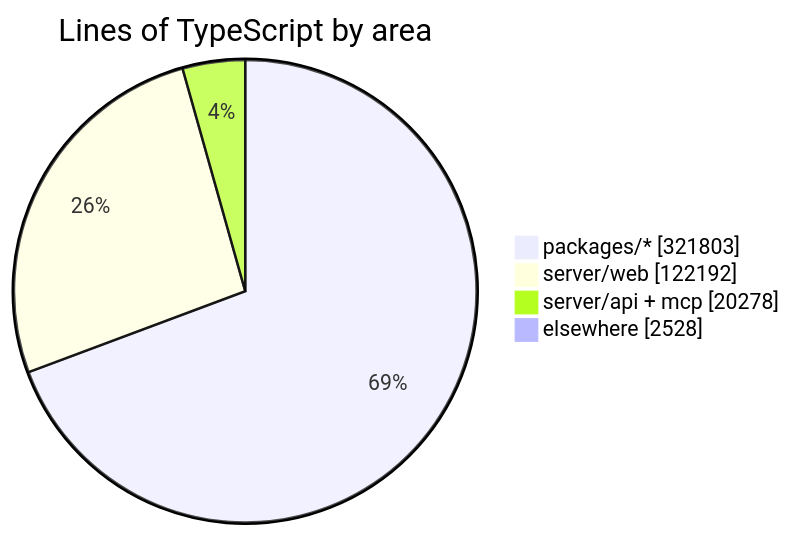
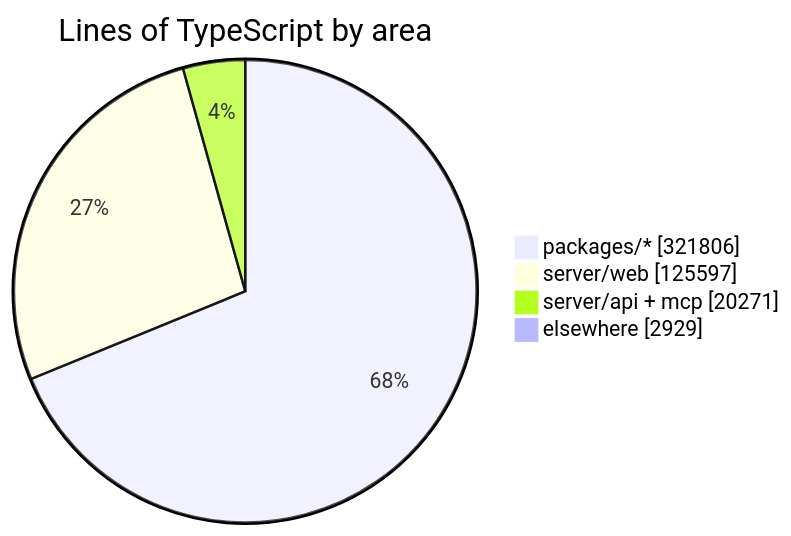
Before and after one commit to crossworks-engineering/mantle: the diagram in README.md, drawn with Mermaid. The commit also changed other lines of this file and 2 other files, not shown here.

````diff
--- a/README.md
+++ b/README.md
@@ -294,7 +294,7 @@
 ```mermaid
 pie showData title Lines of TypeScript by area
-    "packages/*" : 321803
-    "server/web" : 122192
-    "server/api + mcp" : 20278
-    "elsewhere" : 2528
+    "packages/*" : 321806
+    "server/web" : 125597
+    "server/api + mcp" : 20271
+    "elsewhere" : 2929
 ```
````
